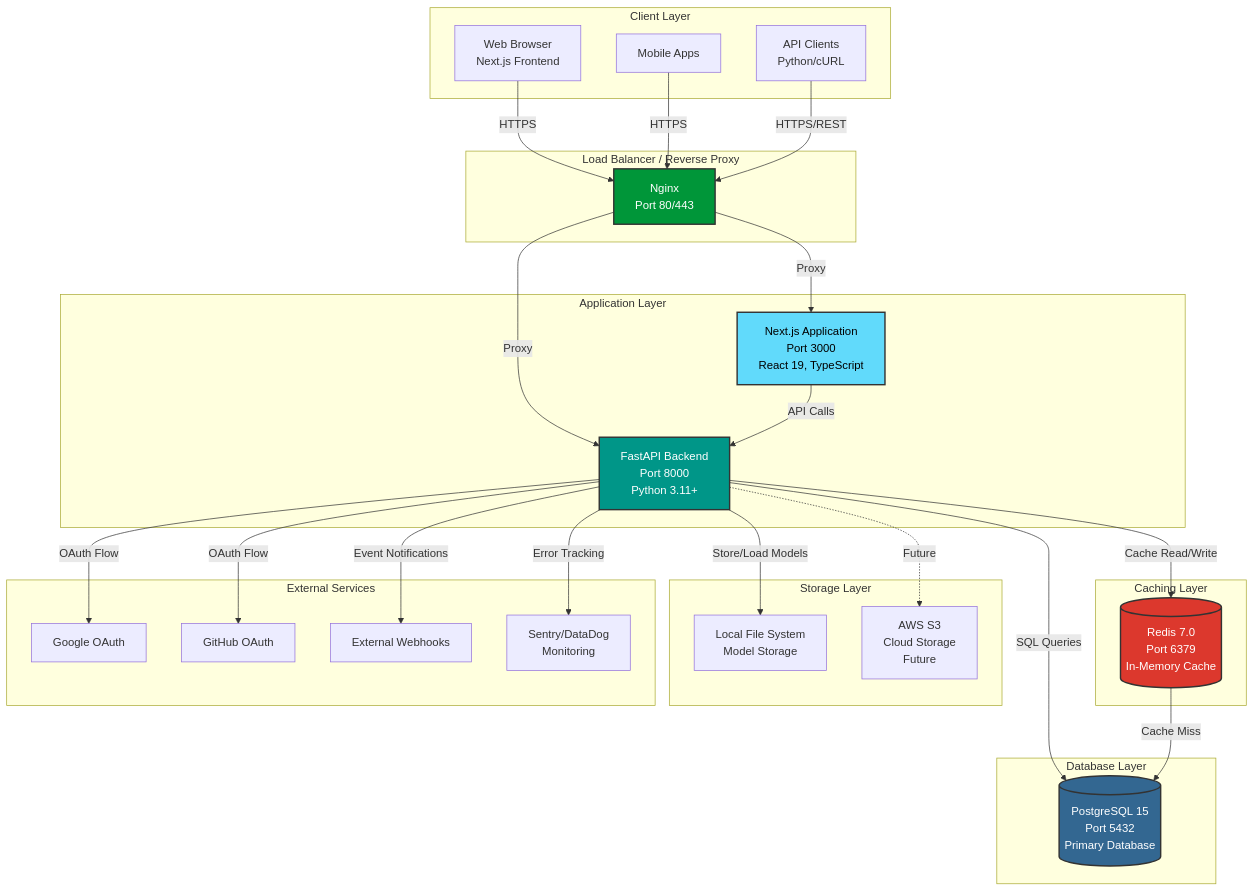
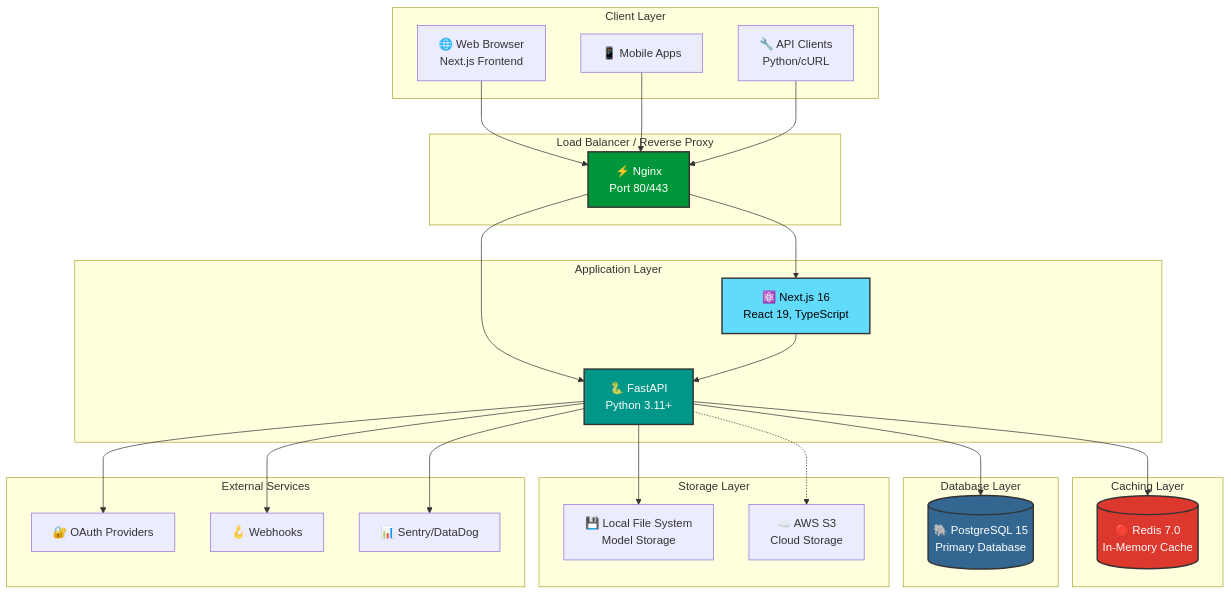
Before and after one commit to wittyparth/InferX: the first of 3 diagrams in README.md, drawn with Mermaid. The commit also changed other lines of this file and 27 other files, not shown here.

````diff
--- a/README.md
+++ b/README.md
@@ -28,63 +120,59 @@
 ```mermaid
 graph TB
     subgraph "Client Layer"
-        WEB[Web Browser<br/>Next.js Frontend]
-        MOBILE[Mobile Apps]
-        API_CLIENT[API Clients<br/>Python/cURL]
+        WEB[🌐 Web Browser<br/>Next.js Frontend]
+        MOBILE[📱 Mobile Apps]
+        API_CLIENT[🔧 API Clients<br/>Python/cURL]
     end
 
     subgraph "Load Balancer / Reverse Proxy"
-        NGINX[Nginx<br/>Port 80/443]
+        NGINX[⚡ Nginx<br/>Port 80/443]
     end
 
     subgraph "Application Layer"
-        FRONTEND[Next.js Application<br/>Port 3000<br/>React 19, TypeScript]
-        BACKEND[FastAPI Backend<br/>Port 8000<br/>Python 3.11+]
+        FRONTEND[⚛️ Next.js 16<br/>React 19, TypeScript]
+        BACKEND[🐍 FastAPI<br/>Python 3.11+]
     end
 
     subgraph "Caching Layer"
-        REDIS[(Redis 7.0<br/>Port 6379<br/>In-Memory Cache)]
+        REDIS[(🔴 Redis 7.0<br/>In-Memory Cache)]
     end
 
     subgraph "Database Layer"
-        POSTGRES[(PostgreSQL 15<br/>Port 5432<br/>Primary Database)]
+        POSTGRES[(🐘 PostgreSQL 15<br/>Primary Database)]
     end
 
     subgraph "Storage Layer"
-        LOCAL_STORAGE[Local File System<br/>Model Storage]
-        S3[AWS S3<br/>Cloud Storage<br/>Future]
+        LOCAL_STORAGE[💾 Local File System<br/>Model Storage]
+        S3[☁️ AWS S3<br/>Cloud Storage]
     end
 
     subgraph "External Services"
-        OAUTH_GOOGLE[Google OAuth]
-        OAUTH_GITHUB[GitHub OAuth]
-        WEBHOOKS[External Webhooks]
-        MONITORING[Sentry/DataDog<br/>Monitoring]
+        OAUTH[🔐 OAuth Providers]
+        WEBHOOKS[🪝 Webhooks]
+        MONITORING[📊 Sentry/DataDog]
     end
 
-    WEB -->|HTTPS| NGINX
-    MOBILE -->|HTTPS| NGINX
-    API_CLIENT -->|HTTPS/REST| NGINX
+    WEB --> NGINX
+    MOBILE --> NGINX
+    API_CLIENT --> NGINX
     
-    NGINX -->|Proxy| FRONTEND
-    NGINX -->|Proxy| BACKEND
+    NGINX --> FRONTEND
+    NGINX --> BACKEND
     
-    FRONTEND -->|API Calls| BACKEND
+    FRONTEND --> BACKEND
     
-    BACKEND -->|Cache Read/Write| REDIS
-    BACKEND -->|SQL Queries| POSTGRES
-    BACKEND -->|Store/Load Models| LOCAL_STORAGE
-    BACKEND -.->|Future| S3
-    BACKEND -->|OAuth Flow| OAUTH_GOOGLE
-    BACKEND -->|OAuth Flow| OAUTH_GITHUB
-    BACKEND -->|Event Notifications| WEBHOOKS
-    BACKEND -->|Error Tracking| MONITORING
-    
-    REDIS -->|Cache Miss| POSTGRES
-    
+    BACKEND --> REDIS
+    BACKEND --> POSTGRES
+    BACKEND --> LOCAL_STORAGE
+    BACKEND -.-> S3
+    BACKEND --> OAUTH
+    BACKEND --> WEBHOOKS
+    BACKEND --> MONITORING
+
     style FRONTEND fill:#61dafb,stroke:#333,stroke-width:2px,color:#000
     style BACKEND fill:#009688,stroke:#333,stroke-width:2px,color:#fff
     style POSTGRES fill:#336791,stroke:#333,stroke-width:2px,color:#fff
     style REDIS fill:#dc382d,stroke:#333,stroke-width:2px,color:#fff
     style NGINX fill:#009639,stroke:#333,stroke-width:2px,color:#fff
 ```
````
